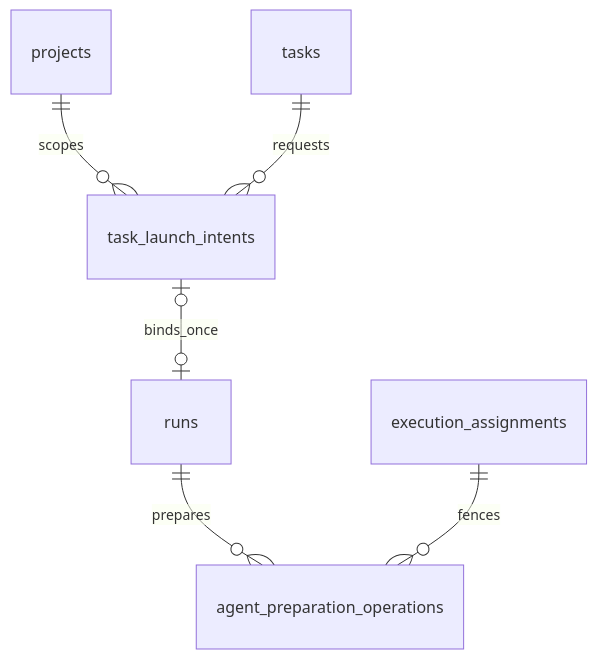
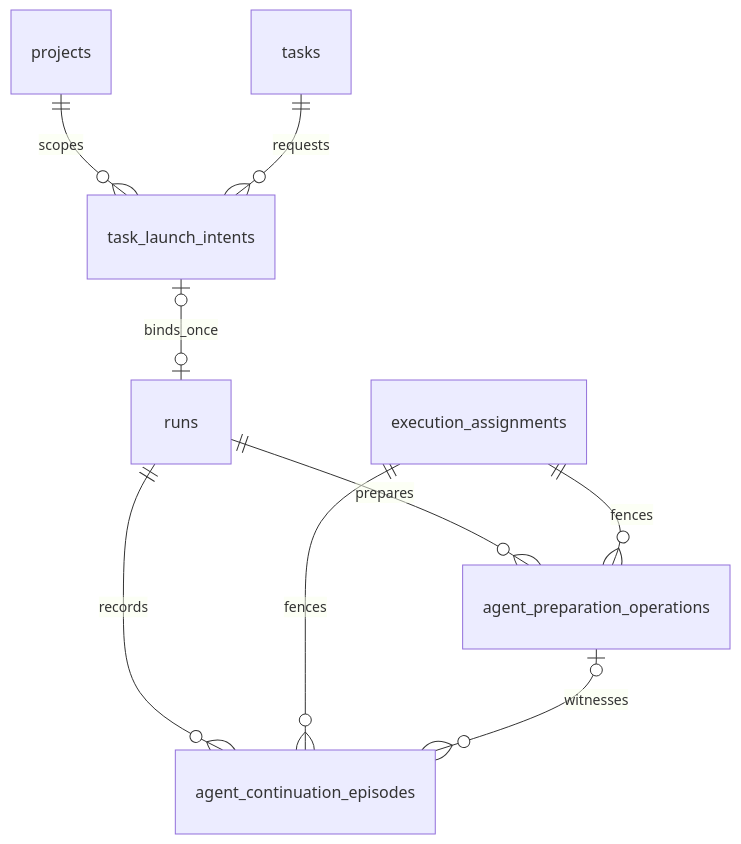
One commit to maister-dev/maister changed the diagram in docs/db/task-launch-domain.md. Above: the diagram before and after it, drawn with Mermaid. The commit also changed 21 other files, not shown here.

Commit message:
feat(db): persist operational integrity and continuation recovery episodes

````diff
--- a/docs/db/task-launch-domain.md
+++ b/docs/db/task-launch-domain.md
@@ -57,8 +57,11 @@
 ```mermaid
 erDiagram
   projects ||--o{ task_launch_intents : scopes
   tasks ||--o{ task_launch_intents : requests
   task_launch_intents o|--o| runs : binds_once
   runs ||--o{ agent_preparation_operations : prepares
   execution_assignments ||--o{ agent_preparation_operations : fences
+  runs ||--o{ agent_continuation_episodes : records
+  execution_assignments ||--o{ agent_continuation_episodes : fences
+  agent_preparation_operations o|--o{ agent_continuation_episodes : witnesses
 ```
````
